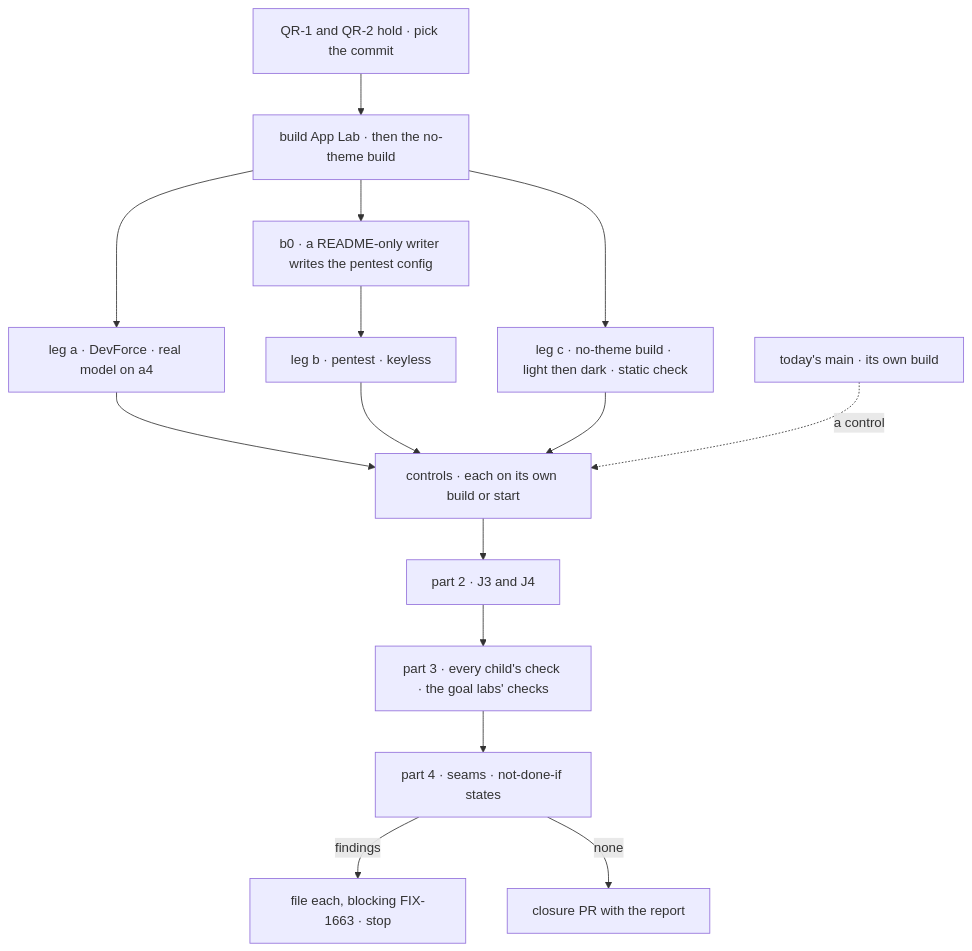
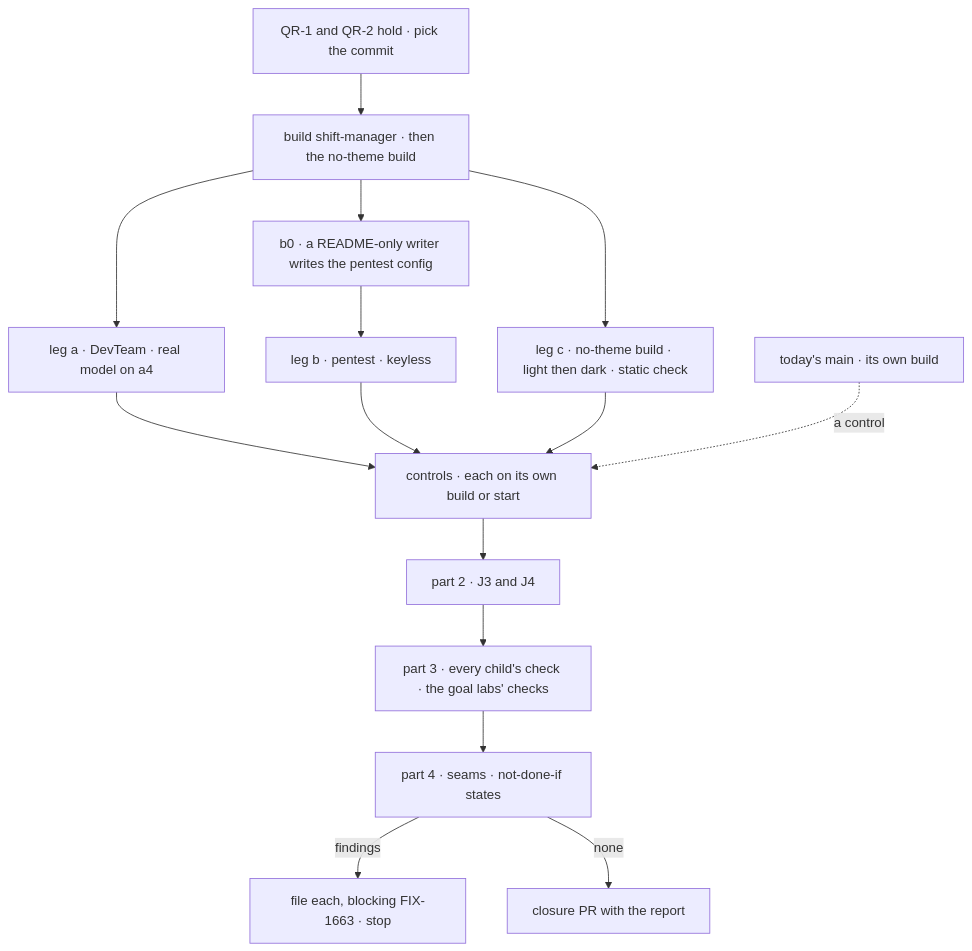
Before and after one commit to fixpoint-labs/flow-state-dev: the diagram in specs/issues/FIX-1663/PLAN.md, drawn with Mermaid. The commit also changed other lines of this file and 383 other files, not shown here.

First line of the commit message:
refactor: rename app-lab to shift-manager (FIX-1706)

````diff
--- a/specs/issues/FIX-1663/PLAN.md
+++ b/specs/issues/FIX-1663/PLAN.md
@@ -23,17 +23,17 @@
 ```mermaid
 flowchart TD
-  M["QR-1 and QR-2 hold · pick the commit"] --> B["build App Lab · then the no-theme build"]
-  B --> A["leg a · DevForce · real model on a4"]
+  M["QR-1 and QR-2 hold · pick the commit"] --> B["build shift-manager · then the no-theme build"]
+  B --> A["leg a · DevTeam · real model on a4"]
   B --> P0["b0 · a README-only writer writes the pentest config"]
   P0 --> L2["leg b · pentest · keyless"]
   B --> C["leg c · no-theme build · light then dark · static check"]
   A --> K["controls · each on its own build or start"]
   L2 --> K
   C --> K
   T["today's main · its own build"] -.->|"a control"| K
   K --> J["part 2 · J3 and J4"]
   J --> P3["part 3 · every child's check · the goal labs' checks"]
   P3 --> P4["part 4 · seams · not-done-if states"]
   P4 -->|"findings"| F["file each, blocking FIX-1663 · stop"]
   P4 -->|"none"| PR["closure PR with the report"]
 ```
````
